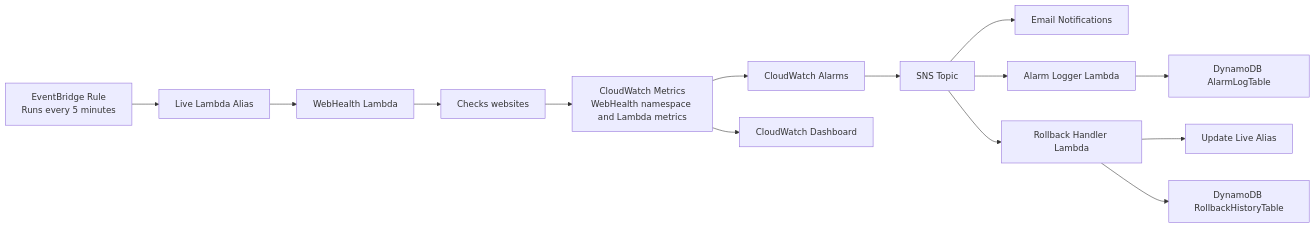
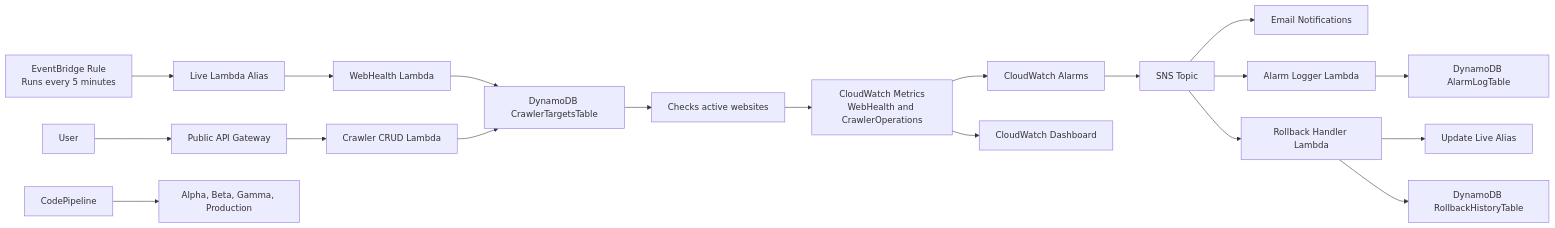
The diagram in Joshua/README.md (JoshuKr-droid/WSU2026), drawn with Mermaid before and after one commit. The commit also changed other lines of this file and 11 other files, not shown here.

````diff
--- a/Joshua/README.md
+++ b/Joshua/README.md
@@ -28,16 +33,21 @@
 ```mermaid
 flowchart LR
     A[EventBridge Rule\nRuns every 5 minutes] --> B[Live Lambda Alias]
     B --> C[WebHealth Lambda]
-    C --> D[Checks websites]
-    D --> E[CloudWatch Metrics\nWebHealth namespace and Lambda metrics]
-    E --> F[CloudWatch Alarms]
-    F --> G[SNS Topic]
-    G --> H[Email Notifications]
-    G --> I[Alarm Logger Lambda]
-    I --> J[DynamoDB AlarmLogTable]
-    G --> K[Rollback Handler Lambda]
-    K --> L[Update Live Alias]
-    K --> M[DynamoDB RollbackHistoryTable]
-    E --> N[CloudWatch Dashboard]
+    C --> D[DynamoDB CrawlerTargetsTable]
+    D --> E[Checks active websites]
+    E --> F[CloudWatch Metrics\nWebHealth and CrawlerOperations]
+    F --> G[CloudWatch Alarms]
+    G --> H[SNS Topic]
+    H --> I[Email Notifications]
+    H --> J[Alarm Logger Lambda]
+    J --> K[DynamoDB AlarmLogTable]
+    H --> L[Rollback Handler Lambda]
+    L --> M[Update Live Alias]
+    L --> N[DynamoDB RollbackHistoryTable]
+    F --> O[CloudWatch Dashboard]
+    P[User] --> Q[Public API Gateway]
+    Q --> R[Crawler CRUD Lambda]
+    R --> D
+    S[CodePipeline] --> T[Alpha, Beta, Gamma, Production]
 ```
````
